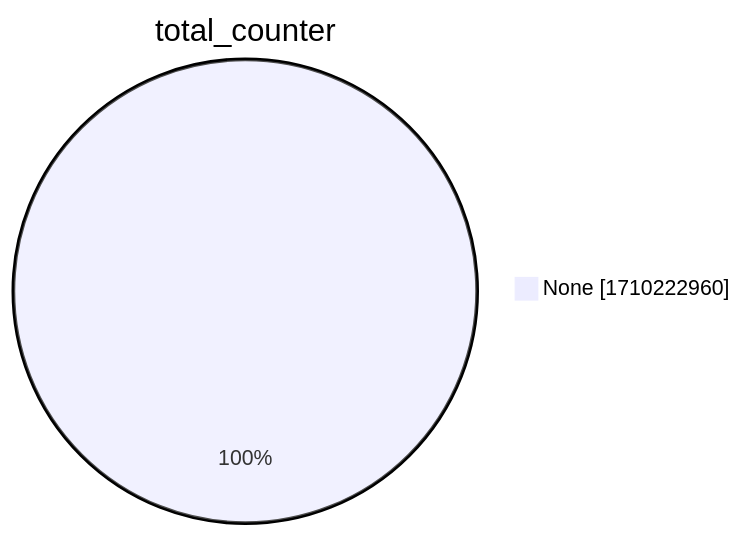
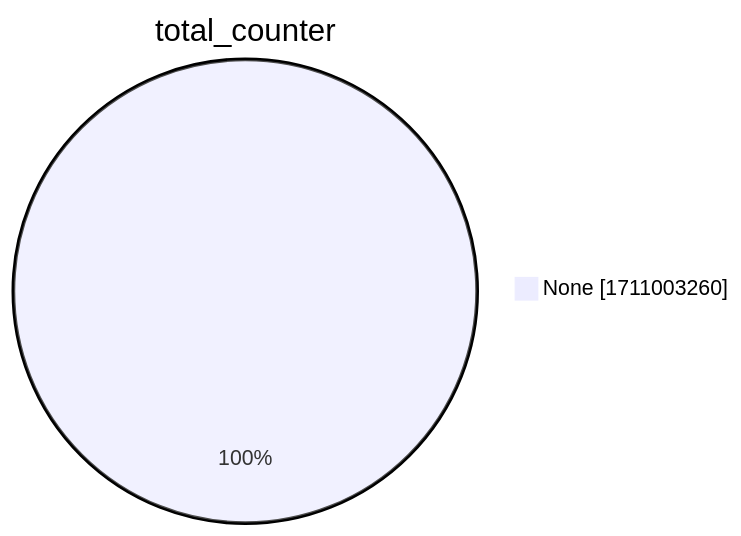
The second of 15 diagrams in xenon2022/README.md (christiankrug/ctmonitor_visualization), drawn with Mermaid before and after one commit. The commit also changed other lines of this file, not shown here.

````diff
--- a/xenon2022/README.md
+++ b/xenon2022/README.md
@@ -9,5 +9,5 @@
 ```mermaid
 pie showData
 title total_counter
-"None" :1710222960
+"None" :1711003260
 ```
````
